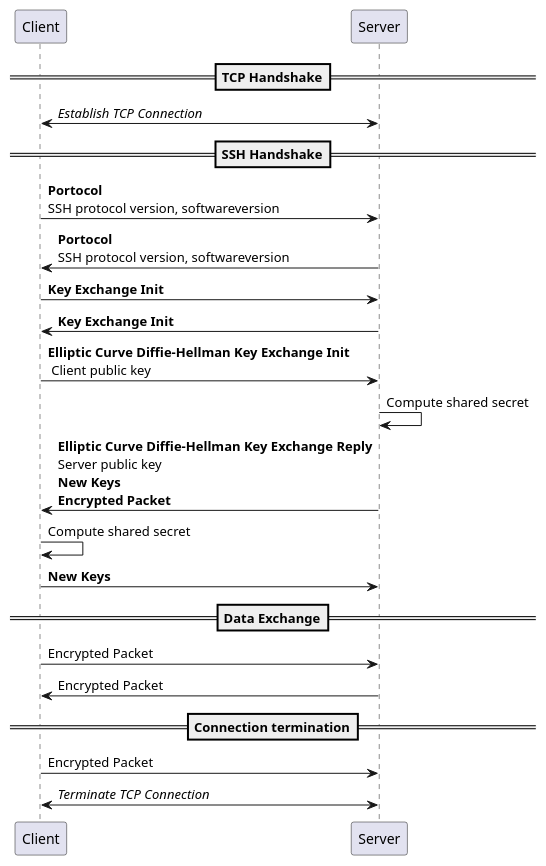
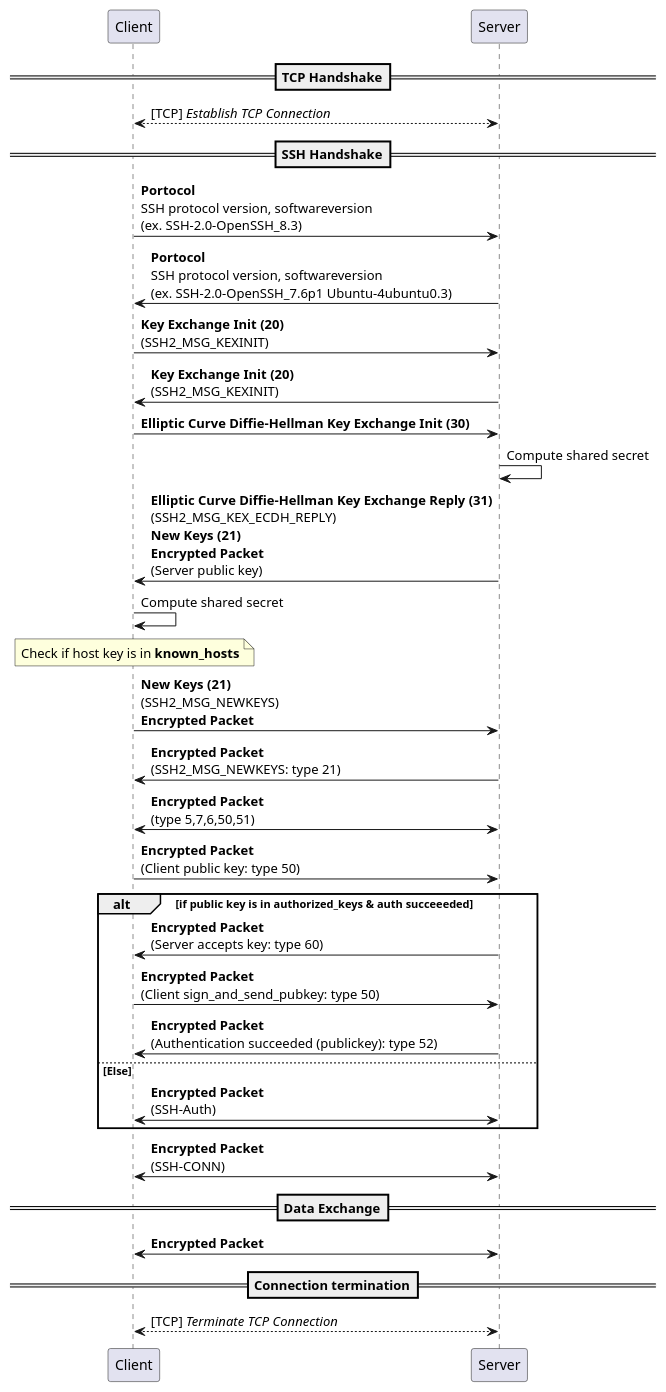
One commit to yidas/web-service-protocols changed the diagram in ssh/transport-layer.plantuml. Above: the diagram before and after it, drawn with PlantUML.

```diff
--- a/ssh/transport-layer.plantuml
+++ b/ssh/transport-layer.plantuml
@@ -1,27 +1,37 @@
 @startuml
 
 participant "Client" as c
 participant "Server" as s
 
 ==TCP Handshake==
-c<->s: //Establish TCP Connection//
+c<-->s: [TCP] //Establish TCP Connection//
 ==SSH Handshake==
-c->s: **Portocol**\nSSH protocol version, softwareversion
-s->c: **Portocol**\nSSH protocol version, softwareversion
-c->s: **Key Exchange Init**
-s->c: **Key Exchange Init**
-c->s: **Elliptic Curve Diffie-Hellman Key Exchange Init**\n Client public key
+c->s: **Portocol**\nSSH protocol version, softwareversion \n(ex. SSH-2.0-OpenSSH_8.3)
+s->c: **Portocol**\nSSH protocol version, softwareversion \n(ex. SSH-2.0-OpenSSH_7.6p1 Ubuntu-4ubuntu0.3)
+c->s: **Key Exchange Init (20)** \n(SSH2_MSG_KEXINIT)
+s->c: **Key Exchange Init (20)** \n(SSH2_MSG_KEXINIT)
+c->s: **Elliptic Curve Diffie-Hellman Key Exchange Init (30)**
 s->s: Compute shared secret
-s->c: **Elliptic Curve Diffie-Hellman Key Exchange Reply**\nServer public key\n**New Keys**\n**Encrypted Packet**
+s->c: **Elliptic Curve Diffie-Hellman Key Exchange Reply (31)**\n(SSH2_MSG_KEX_ECDH_REPLY)\n**New Keys (21)**\n**Encrypted Packet**\n(Server public key)
 c->c: Compute shared secret
-c->s: **New Keys**
+note over c: Check if host key is in **known_hosts**
+c->s: **New Keys (21)**\n(SSH2_MSG_NEWKEYS)\n**Encrypted Packet**
+s->c: **Encrypted Packet**\n(SSH2_MSG_NEWKEYS: type 21)
+s<->c: **Encrypted Packet**\n(type 5,7,6,50,51)
+c->s: **Encrypted Packet** \n(Client public key: type 50)
+alt if public key is in **authorized_keys** & auth succeeeded
+s->c: **Encrypted Packet** \n(Server accepts key: type 60)
+c->s: **Encrypted Packet** \n(Client sign_and_send_pubkey: type 50)
+s->c: **Encrypted Packet**\n(Authentication succeeded (publickey): type 52)
+else Else
+s<->c: **Encrypted Packet**\n(SSH-Auth)
+end
+s<->c: **Encrypted Packet**\n(SSH-CONN)
 
 ==Data Exchange==
-c->s: Encrypted Packet
-s->c: Encrypted Packet
+c<->s: **Encrypted Packet**
 
 ==Connection termination==
-c->s: Encrypted Packet
-c<->s: //Terminate TCP Connection//
+c<-->s: [TCP] //Terminate TCP Connection//
 
 @enduml
```
